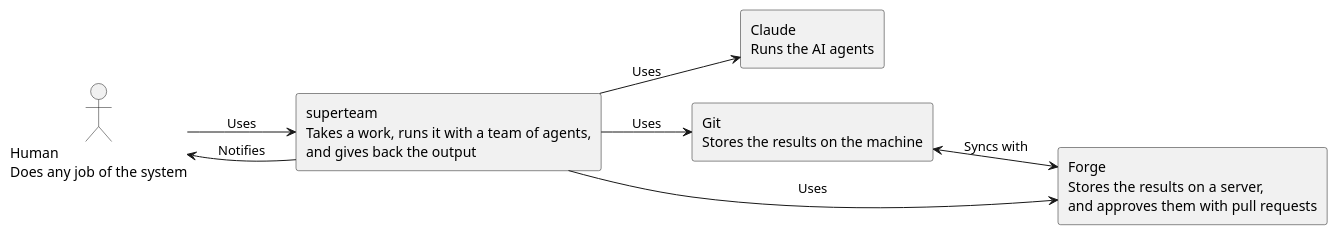
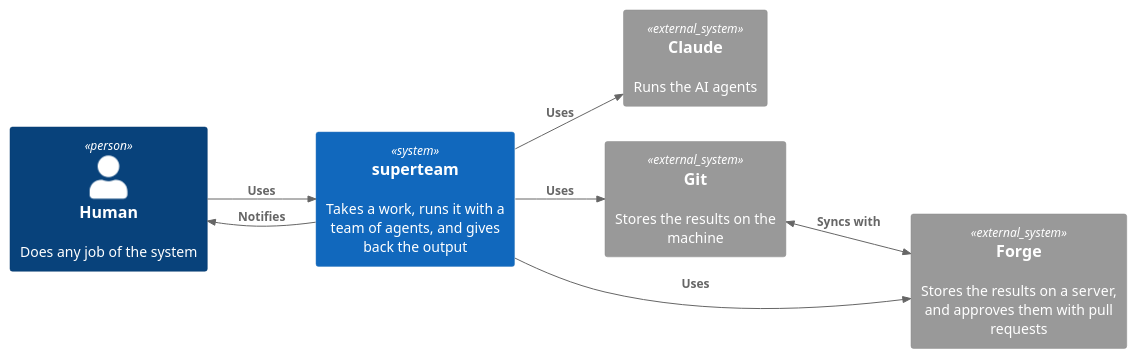
The diagram in docs/03_context/context.md (longlh/superteam), drawn with PlantUML before and after one commit. The commit also changed 5 other files, not shown here.

First line of the commit message:
Use the C4-PlantUML library for the context, container and component diagrams

````diff
--- a/docs/03_context/context.md
+++ b/docs/03_context/context.md
@@ -6,17 +6,19 @@
 ```plantuml
 @startuml
-left to right direction
-actor "Human\nDoes any job of the system" as human
-rectangle "superteam\nTakes a work, runs it with a team of agents,\nand gives back the output" as superteam
-rectangle "Claude\nRuns the AI agents" as claude
-rectangle "Git\nStores the results on the machine" as git
-rectangle "Forge\nStores the results on a server,\nand approves them with pull requests" as forge
+!include <C4/C4_Context>
+LAYOUT_LEFT_RIGHT()
 
-human --> superteam : Uses
-superteam --> human : Notifies
-superteam --> claude : Uses
-superteam --> forge : Uses
-superteam --> git : Uses
-git <--> forge : Syncs with
+Person(human, "Human", "Does any job of the system")
+System(superteam, "superteam", "Takes a work, runs it with a team of agents, and gives back the output")
+System_Ext(claude, "Claude", "Runs the AI agents")
+System_Ext(git, "Git", "Stores the results on the machine")
+System_Ext(forge, "Forge", "Stores the results on a server, and approves them with pull requests")
+
+Rel(human, superteam, "Uses")
+Rel(superteam, human, "Notifies")
+Rel(superteam, claude, "Uses")
+Rel(superteam, forge, "Uses")
+Rel(superteam, git, "Uses")
+BiRel(git, forge, "Syncs with")
 @enduml
 ```
````
